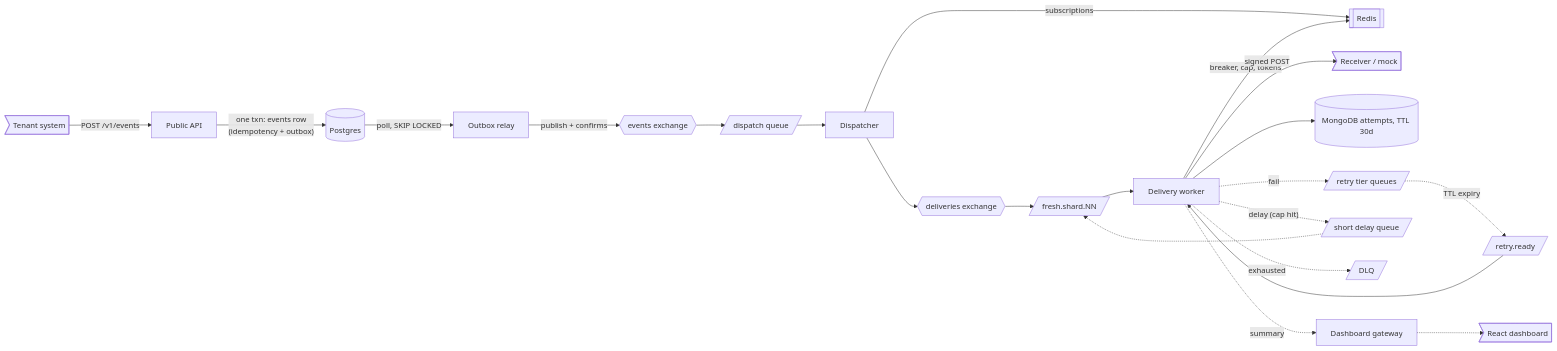
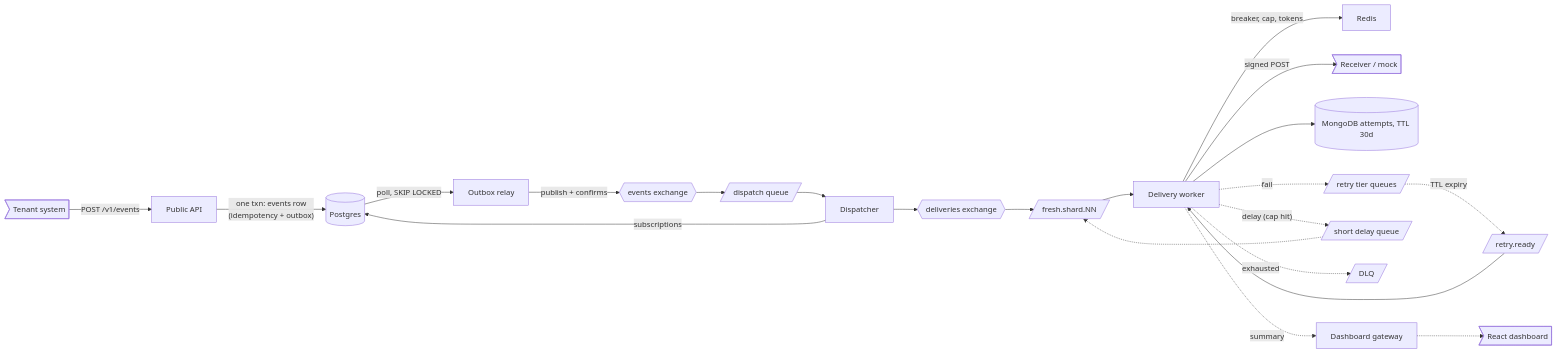
One commit to dhargitai/webhook-delivery-platform changed the diagram in README.md. Above: the diagram before and after it, drawn with Mermaid. The commit also changed other lines of this file and 2 other files, not shown here.

````diff
--- a/README.md
+++ b/README.md
@@ -41,18 +41,18 @@
 ```mermaid
 flowchart LR
     Tenant>Tenant system] -- "POST /v1/events" --> API[Public API]
     API -- "one txn: events row<br/>(idempotency + outbox)" --> PG[(Postgres)]
     PG -- "poll, SKIP LOCKED" --> Relay[Outbox relay]
     Relay -- "publish + confirms" --> Ex{{events exchange}}
     Ex --> QDisp[/dispatch queue/] --> Disp[Dispatcher]
-    Disp -- "subscriptions" --> Redis[[Redis]]
+    Disp -- "subscriptions" --> PG
     Disp --> ExDel{{deliveries exchange}}
     ExDel --> QFresh[/fresh.shard.NN/] --> Worker[Delivery worker]
     Worker -- "breaker, cap, tokens" --> Redis
     Worker -- "signed POST" --> Receiver>Receiver / mock]
     Worker --> Attempts[(MongoDB attempts, TTL 30d)]
     Worker -. "fail" .-> Tiers[/retry tier queues/] -. "TTL expiry" .-> QRetry[/retry.ready/] --> Worker
     Worker -. "delay (cap hit)" .-> QDelay[/short delay queue/] -.-> QFresh
     Worker -. "exhausted" .-> DLQ[/DLQ/]
     Worker -. "summary" .-> GW[Dashboard gateway] -.-> UI>React dashboard]
 ```
````
